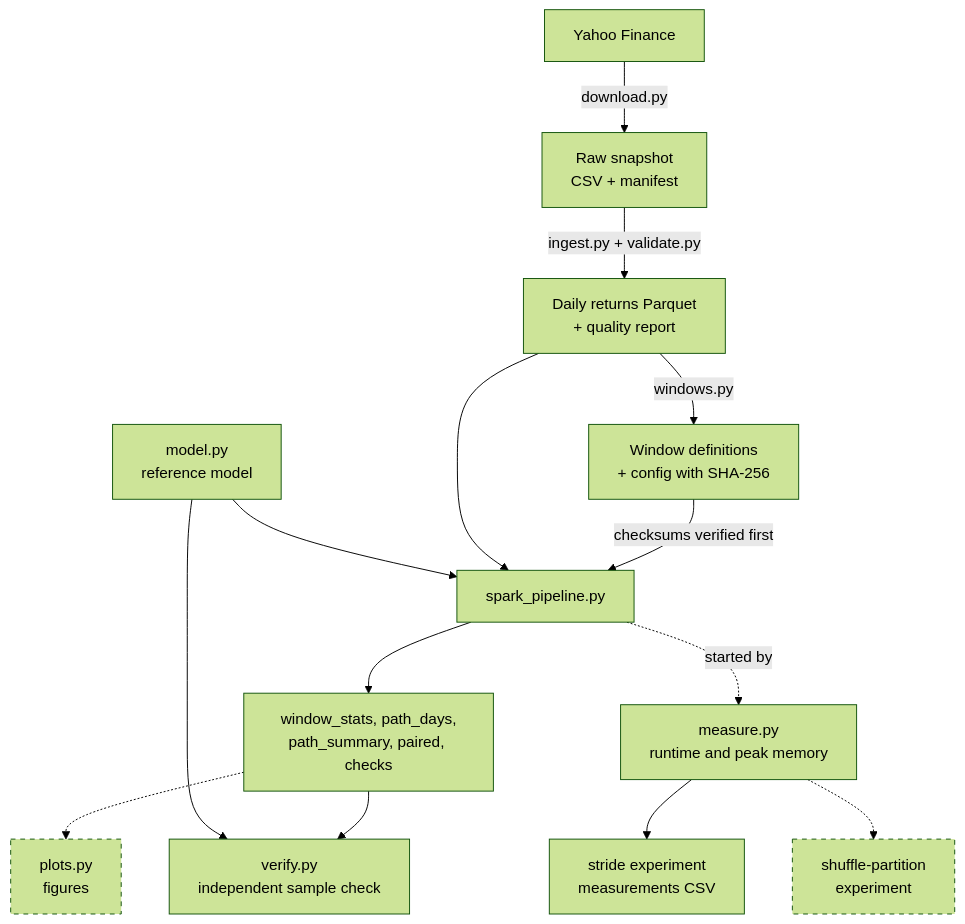
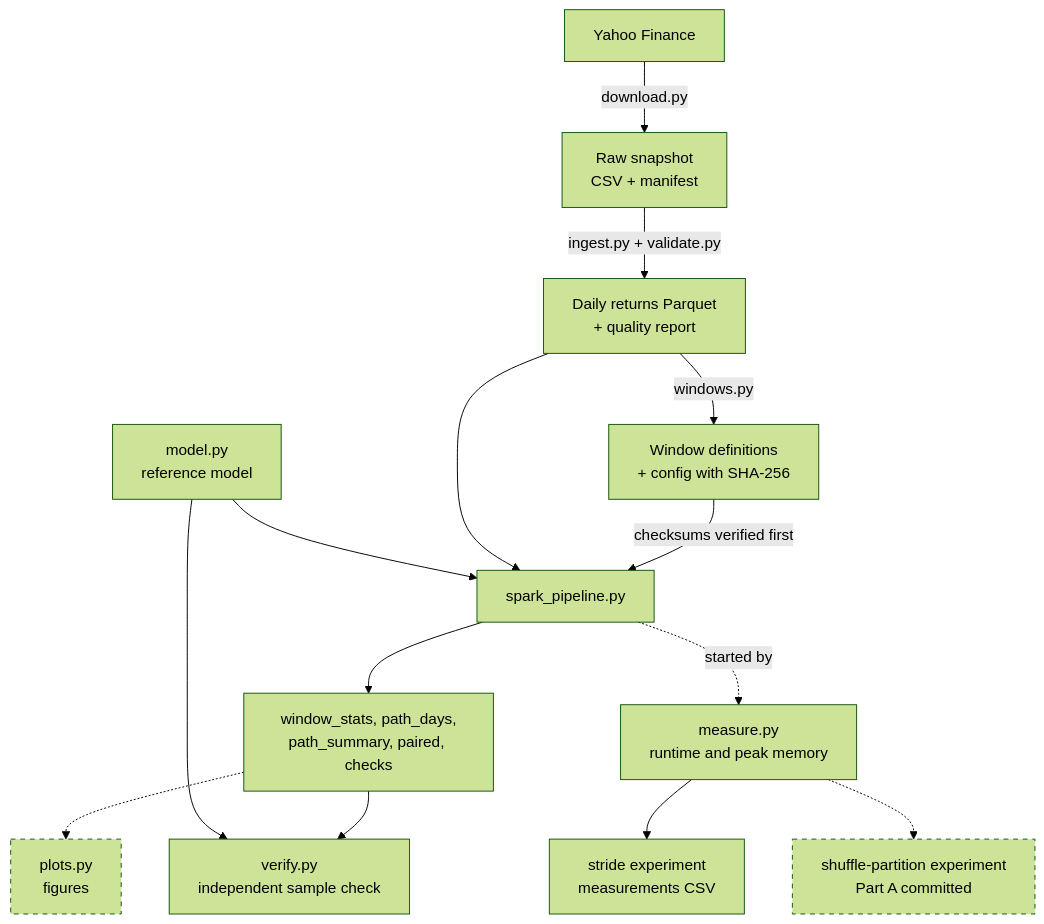
Before and after one commit to kelly-0111/leveraged-etf-risk-analytics: the first of 2 diagrams in docs/spec.md, drawn with Mermaid (forest theme). The commit also changed other lines of this file and 2 other files, not shown here.

First line of the commit message:
Add the shuffle-partition experiment's design and predictions (Part A)

````diff
--- a/docs/spec.md
+++ b/docs/spec.md
@@ -169,18 +176,18 @@
 ```mermaid
 flowchart TD
     Y[Yahoo Finance] -->|download.py| R[Raw snapshot<br/>CSV + manifest]
     R -->|ingest.py + validate.py| P[Daily returns Parquet<br/>+ quality report]
     P -->|windows.py| W[Window definitions<br/>+ config with SHA-256]
     W -->|checksums verified first| S[spark_pipeline.py]
     P --> S
     M[model.py<br/>reference model] --> S
     S --> O[window_stats, path_days,<br/>path_summary, paired, checks]
     O --> V[verify.py<br/>independent sample check]
     M --> V
     S -.->|started by| B[measure.py<br/>runtime and peak memory]
     B --> E[stride experiment<br/>measurements CSV]
-    B -.-> E2[shuffle-partition<br/>experiment]
+    B -.-> E2[shuffle-partition experiment<br/>Part A committed]
     O -.-> F[plots.py<br/>figures]
     classDef planned stroke-dasharray: 5 5
     class E2,F planned
 ```
````
